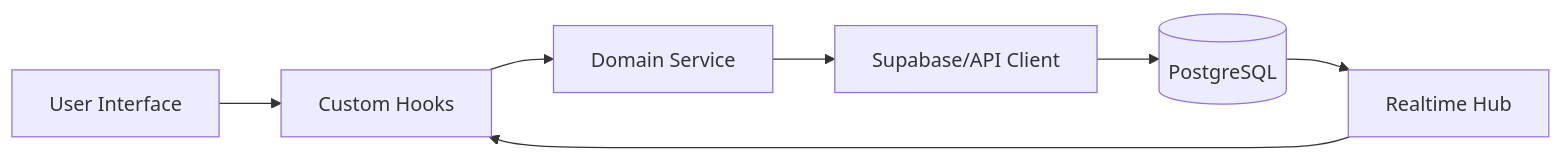
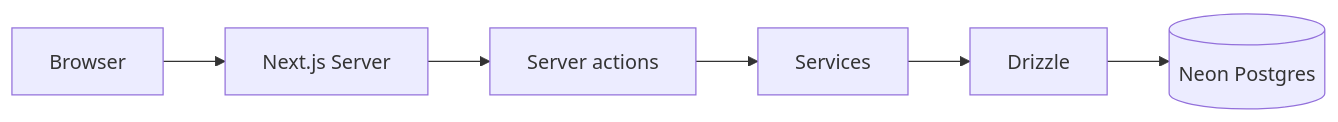
The diagram in .context/docs/data-flow.md (charleslins/contas-recanto), drawn with Mermaid before and after one commit. The commit also changed other lines of this file and 126 other files, not shown here.

Commit message:
refactor: update .env.example and package.json for improved Neon Postgres configuration and Next.js version upgrade

````diff
--- a/.context/docs/data-flow.md
+++ b/.context/docs/data-flow.md
@@ -55,9 +21,8 @@
 ```mermaid
-graph LR
-    User[User Interface] --> Hook[Custom Hooks]
-    Hook --> Service[Domain Service]
-    Service --> Client[Supabase/API Client]
-    Client --> DB[(PostgreSQL)]
-    DB --> Realtime[Realtime Hub]
-    Realtime --> Hook
+flowchart LR
+  A[Browser] --> B[Next.js Server]
+  B --> C[Server actions]
+  C --> D[Services]
+  D --> E[Drizzle]
+  E --> F[(Neon Postgres)]
 ```
````
